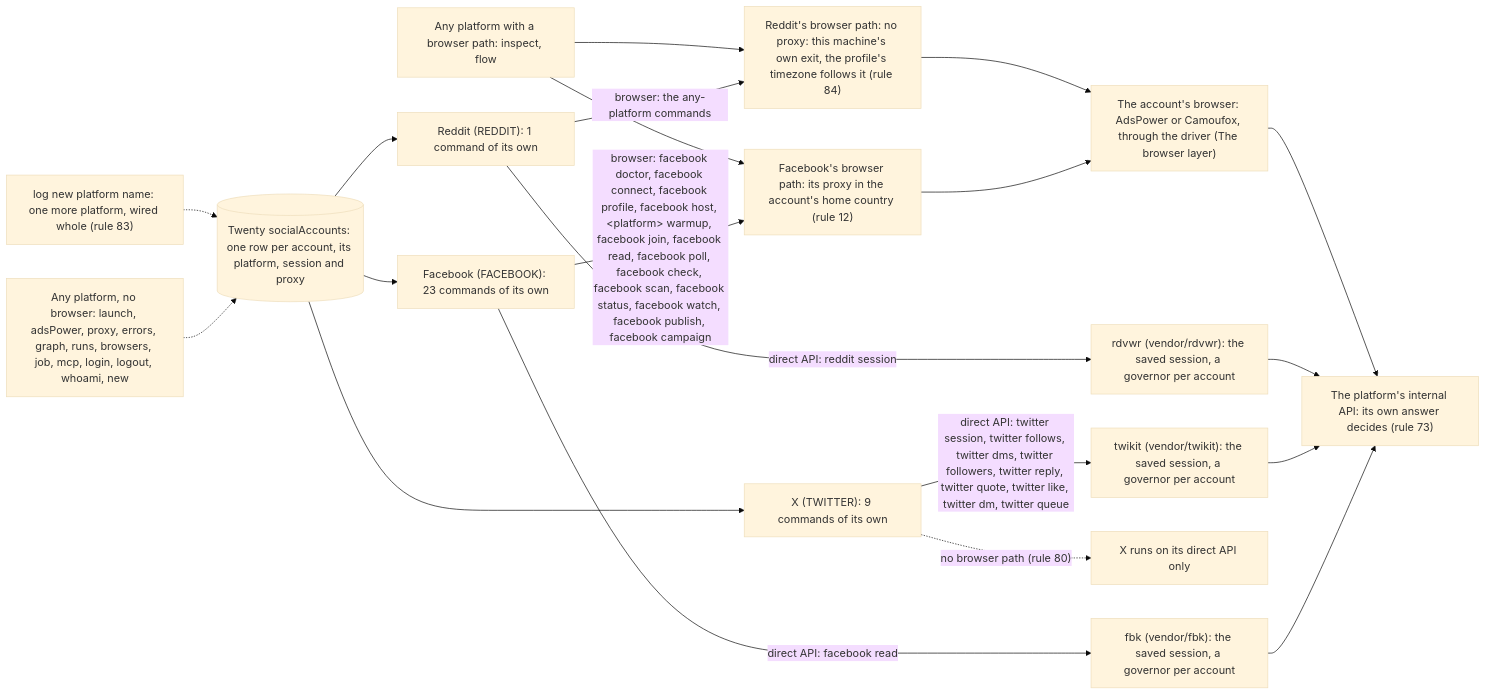
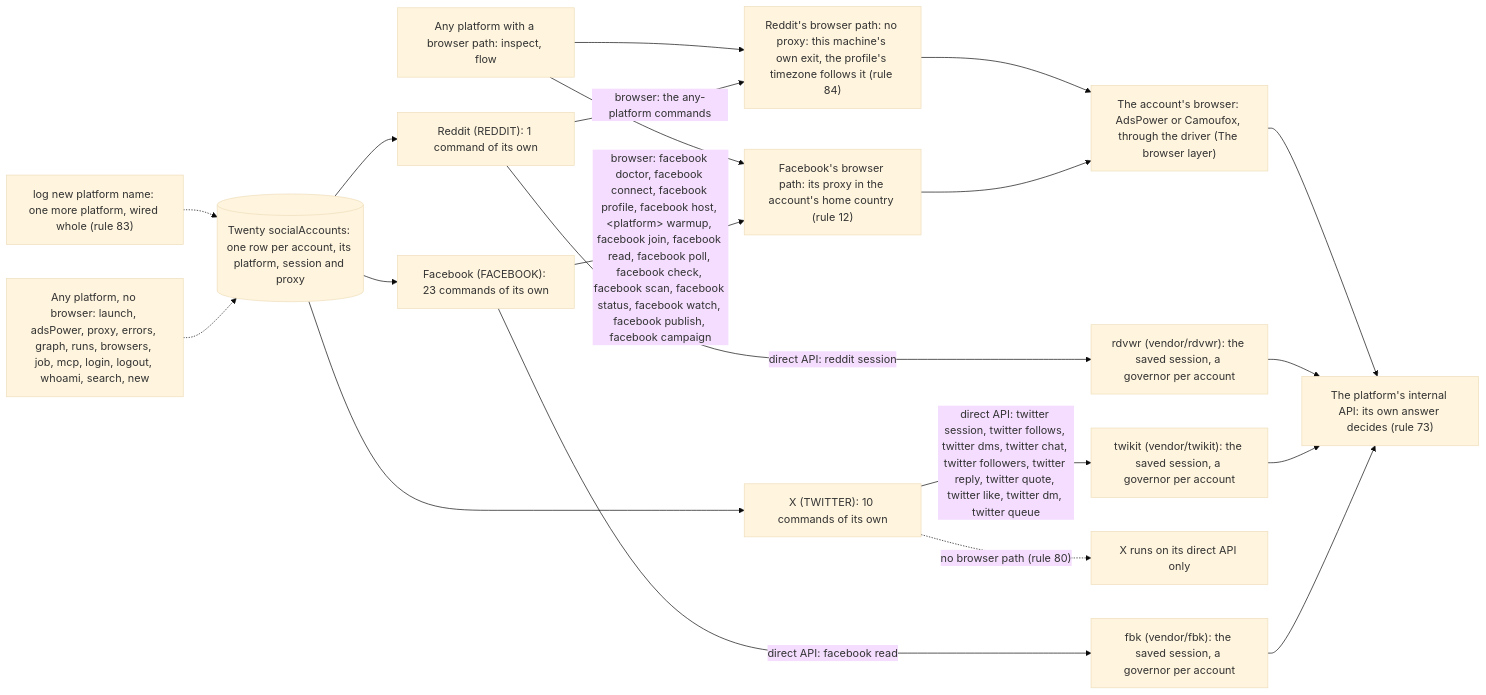
Before and after one commit to matthewdonsemail-lab/log: the diagram in docs/diagrams/platforms.mmd, drawn with Mermaid (base theme). The commit also changed 105 other files, not shown here.

Commit message:
feat(twitter): read X Chat through vendored chat-xdk, and hybrid conversation search

```diff
--- a/docs/diagrams/platforms.mmd
+++ b/docs/diagrams/platforms.mmd
@@ -1,30 +1,30 @@
 %% The platforms. log-cli is platform-agnostic: each platform is a row in `PLATFORMS` and `PLATFORM_SITES` (`src/cli/runner/helpers/platforms.ts`), with its direct-API client from `DIRECT_ROUTES` (`src/directApi/engine`) and its browser path, with or without a proxy. A new one is made by `log new platform <name>` (rule 83).
 %% Written by `bun run docs:build` from the code (rule 56). Not edited by hand.
 flowchart LR
   twenty[("Twenty socialAccounts: one row per account, its platform, session and proxy")]
   api["The platform's internal API: its own answer decides (rule 73)"]
   drivers["The account's browser: AdsPower or Camoufox, through the driver (The browser layer)"]
   p_facebook["Facebook (FACEBOOK): 23 commands of its own"]
   twenty --> p_facebook
   p_facebook -->|"direct API: facebook read"| e_fbk["fbk (vendor/fbk): the saved session, a governor per account"]
   e_fbk --> api
   p_facebook -->|"browser: facebook doctor, facebook connect, facebook profile, facebook host, #lt;platform#gt; warmup, facebook join, facebook read, facebook poll, facebook check, facebook scan, facebook status, facebook watch, facebook publish, facebook campaign"| b_facebook["Facebook's browser path: its proxy in the account's home country (rule 12)"]
   b_facebook --> drivers
-  p_twitter["X (TWITTER): 9 commands of its own"]
+  p_twitter["X (TWITTER): 10 commands of its own"]
   twenty --> p_twitter
-  p_twitter -->|"direct API: twitter session, twitter follows, twitter dms, twitter followers, twitter reply, twitter quote, twitter like, twitter dm, twitter queue"| e_twikit["twikit (vendor/twikit): the saved session, a governor per account"]
+  p_twitter -->|"direct API: twitter session, twitter follows, twitter dms, twitter chat, twitter followers, twitter reply, twitter quote, twitter like, twitter dm, twitter queue"| e_twikit["twikit (vendor/twikit): the saved session, a governor per account"]
   e_twikit --> api
   p_twitter -.->|"no browser path (rule 80)"| nob_twitter["X runs on its direct API only"]
   p_reddit["Reddit (REDDIT): 1 command of its own"]
   twenty --> p_reddit
   p_reddit -->|"direct API: reddit session"| e_rdvwr["rdvwr (vendor/rdvwr): the saved session, a governor per account"]
   e_rdvwr --> api
   p_reddit -->|"browser: the any-platform commands"| b_reddit["Reddit's browser path: no proxy: this machine's own exit, the profile's timezone follows it (rule 84)"]
   b_reddit --> drivers
   anyB["Any platform with a browser path: inspect, flow"]
   anyB --> b_facebook
   anyB --> b_reddit
-  anyN["Any platform, no browser: launch, adsPower, proxy, errors, graph, runs, browsers, job, mcp, login, logout, whoami, new"]
+  anyN["Any platform, no browser: launch, adsPower, proxy, errors, graph, runs, browsers, job, mcp, login, logout, whoami, search, new"]
   anyN -.-> twenty
   newP["log new platform name: one more platform, wired whole (rule 83)"] -.-> twenty
   drivers --> api
```
